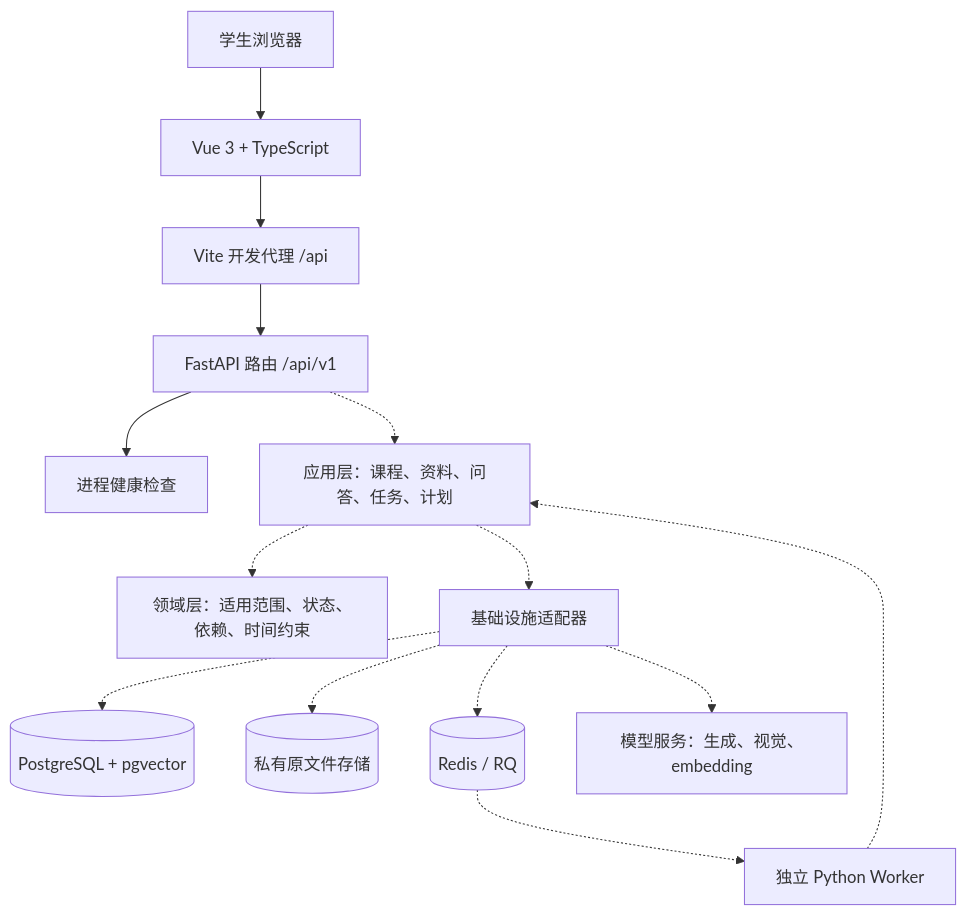
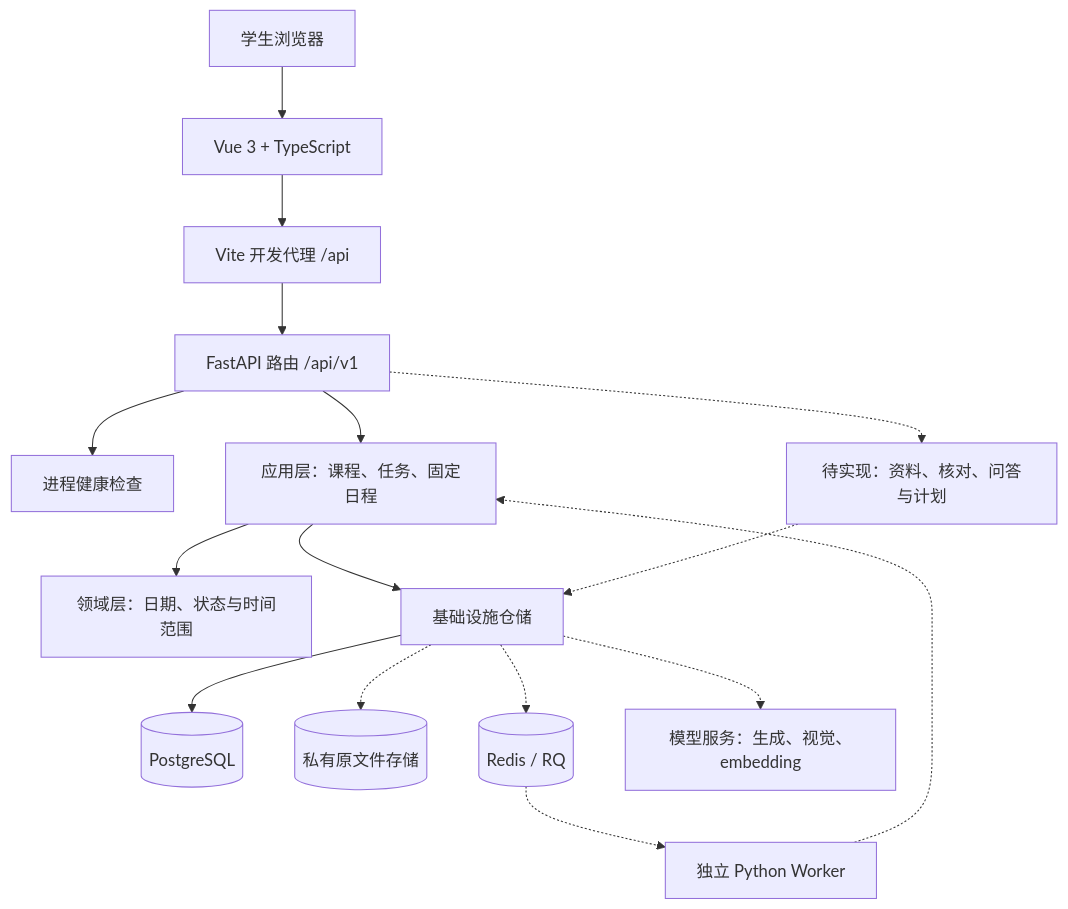
The first of 3 diagrams in docs/ARCHITECTURE.md (LUNARKN1GHT/CampusFlow), drawn with Mermaid before and after one commit. The commit also changed other lines of this file and 12 other files, not shown here.

````diff
--- a/docs/ARCHITECTURE.md
+++ b/docs/ARCHITECTURE.md
@@ -42,17 +42,19 @@
 ```mermaid
 flowchart TB
     User[学生浏览器] --> Web[Vue 3 + TypeScript]
     Web --> Proxy[Vite 开发代理 /api]
     Proxy --> API[FastAPI 路由 /api/v1]
     API --> Health[进程健康检查]
 
-    API -.-> UseCases[应用层：课程、资料、问答、任务、计划]
-    UseCases -.-> Domain[领域层：适用范围、状态、依赖、时间约束]
-    UseCases -.-> Adapters[基础设施适配器]
-    Adapters -.-> DB[(PostgreSQL + pgvector)]
+    API --> UseCases[应用层：课程、任务、固定日程]
+    UseCases --> Domain[领域层：日期、状态与时间范围]
+    UseCases --> Adapters[基础设施仓储]
+    Adapters --> DB[(PostgreSQL)]
+    API -.-> Future[待实现：资料、核对、问答与计划]
+    Future -.-> Adapters
     Adapters -.-> Files[(私有原文件存储)]
     Adapters -.-> Queue[(Redis / RQ)]
     Adapters -.-> Models[模型服务：生成、视觉、embedding]
     Queue -.-> Worker[独立 Python Worker]
     Worker -.-> UseCases
 ```
````
